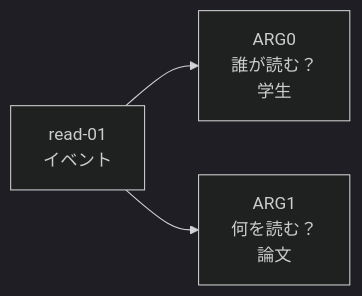
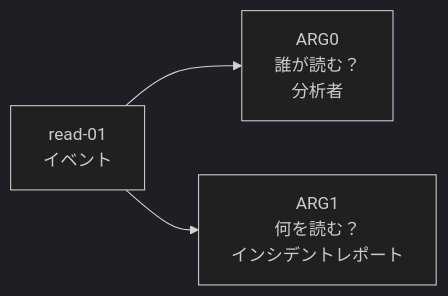
One commit to oudbiao/AI-fullstack-course changed the first of 2 diagrams in src/content/docs/ja/ch11-nlp/ch07-projects/04-semantic-graphs-amr.md. Above: the diagram before and after it, drawn with Mermaid (dark theme). The commit also changed other lines of this file and 29 other files, not shown here.

````diff
--- a/src/content/docs/ja/ch11-nlp/ch07-projects/04-semantic-graphs-amr.md
+++ b/src/content/docs/ja/ch11-nlp/ch07-projects/04-semantic-graphs-amr.md
@@ -68,5 +68,5 @@
 ```mermaid
 flowchart LR
-    E["read-01<br/>イベント"] --> A0["ARG0<br/>誰が読む？<br/>学生"]
-    E --> A1["ARG1<br/>何を読む？<br/>論文"]
+    E["read-01<br/>イベント"] --> A0["ARG0<br/>誰が読む？<br/>分析者"]
+    E --> A1["ARG1<br/>何を読む？<br/>インシデントレポート"]
 ```
````
